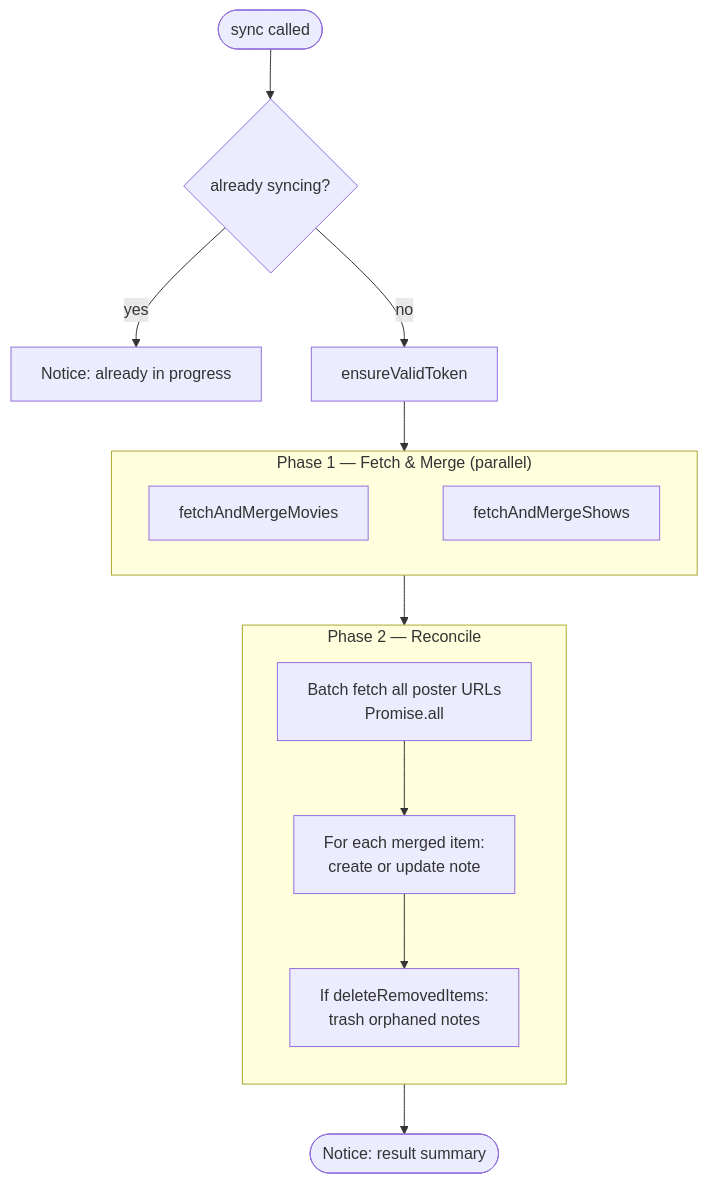
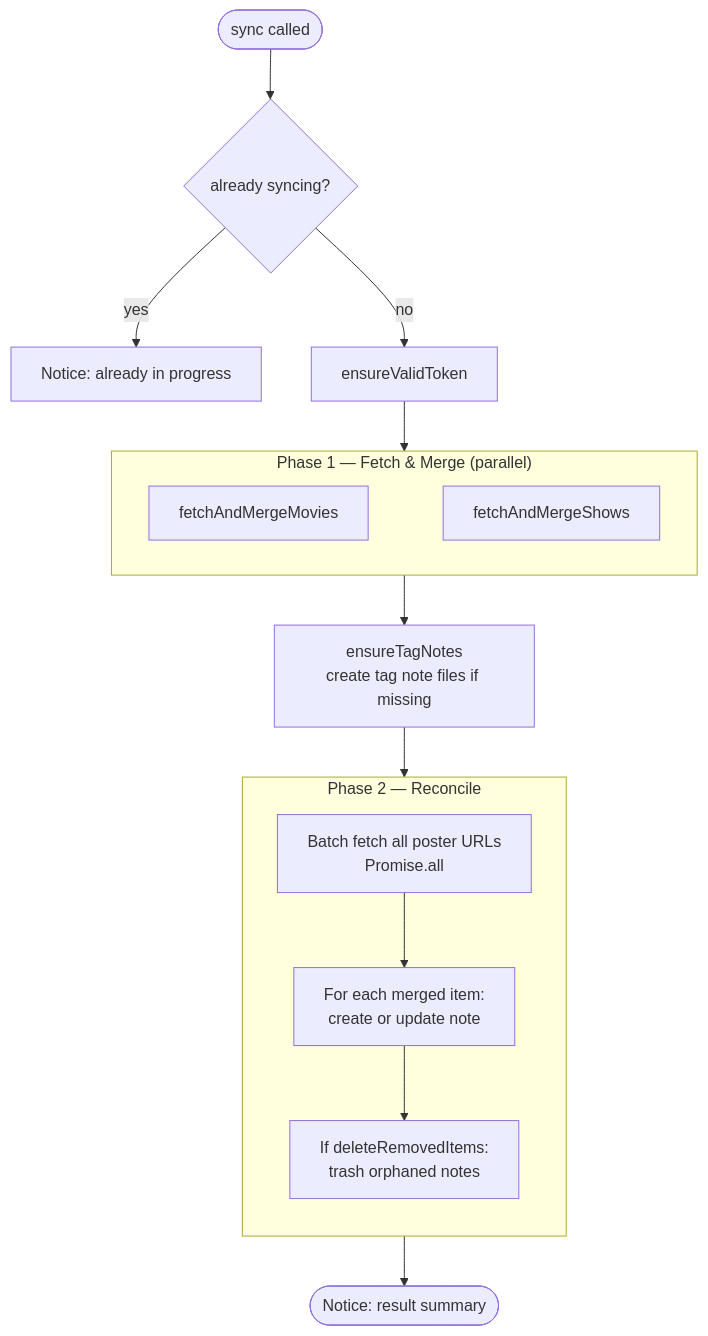
The eighth of 16 diagrams in doc/DEVELOPER.md (sarimabbas/traktr), drawn with Mermaid before and after one commit. The commit also changed other lines of this file and 6 other files, not shown here.

````diff
--- a/doc/DEVELOPER.md
+++ b/doc/DEVELOPER.md
@@ -239,25 +240,26 @@
 ```mermaid
 flowchart TD
     START([sync called]) --> GUARD{already syncing?}
     GUARD -->|yes| NOTICE[Notice: already in progress]
     GUARD -->|no| TOKEN[ensureValidToken]
     TOKEN --> FETCH
 
     subgraph FETCH ["Phase 1 — Fetch & Merge (parallel)"]
         direction LR
         FM[fetchAndMergeMovies]
         FS[fetchAndMergeShows]
         FM ~~~ FS
     end
 
-    FETCH --> RECONCILE
+    FETCH --> TAGNOTES[ensureTagNotes\ncreate tag note files if missing]
+    TAGNOTES --> RECONCILE
 
     subgraph RECONCILE ["Phase 2 — Reconcile"]
         direction TB
         POSTERS[Batch fetch all poster URLs\nPromise.all]
         POSTERS --> LOOP[For each merged item:\ncreate or update note]
         LOOP --> DELETE[If deleteRemovedItems:\ntrash orphaned notes]
     end
 
     RECONCILE --> DONE([Notice: result summary])
 ```
````
